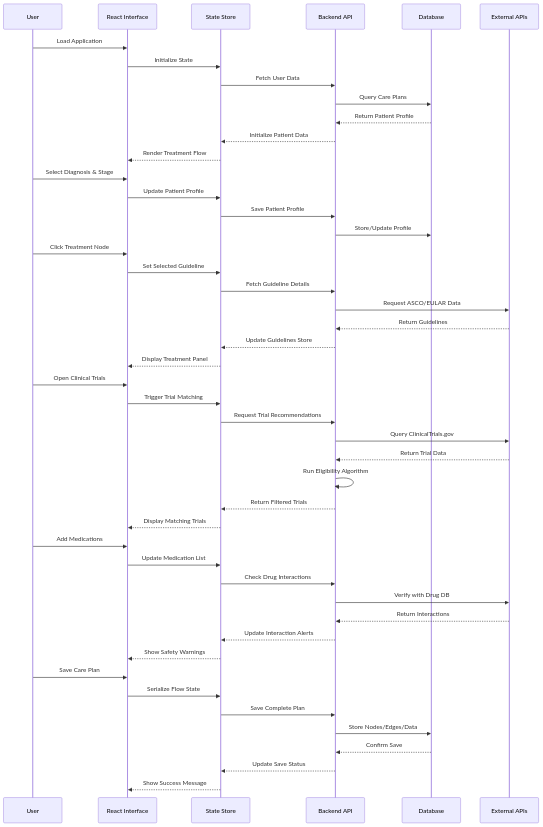
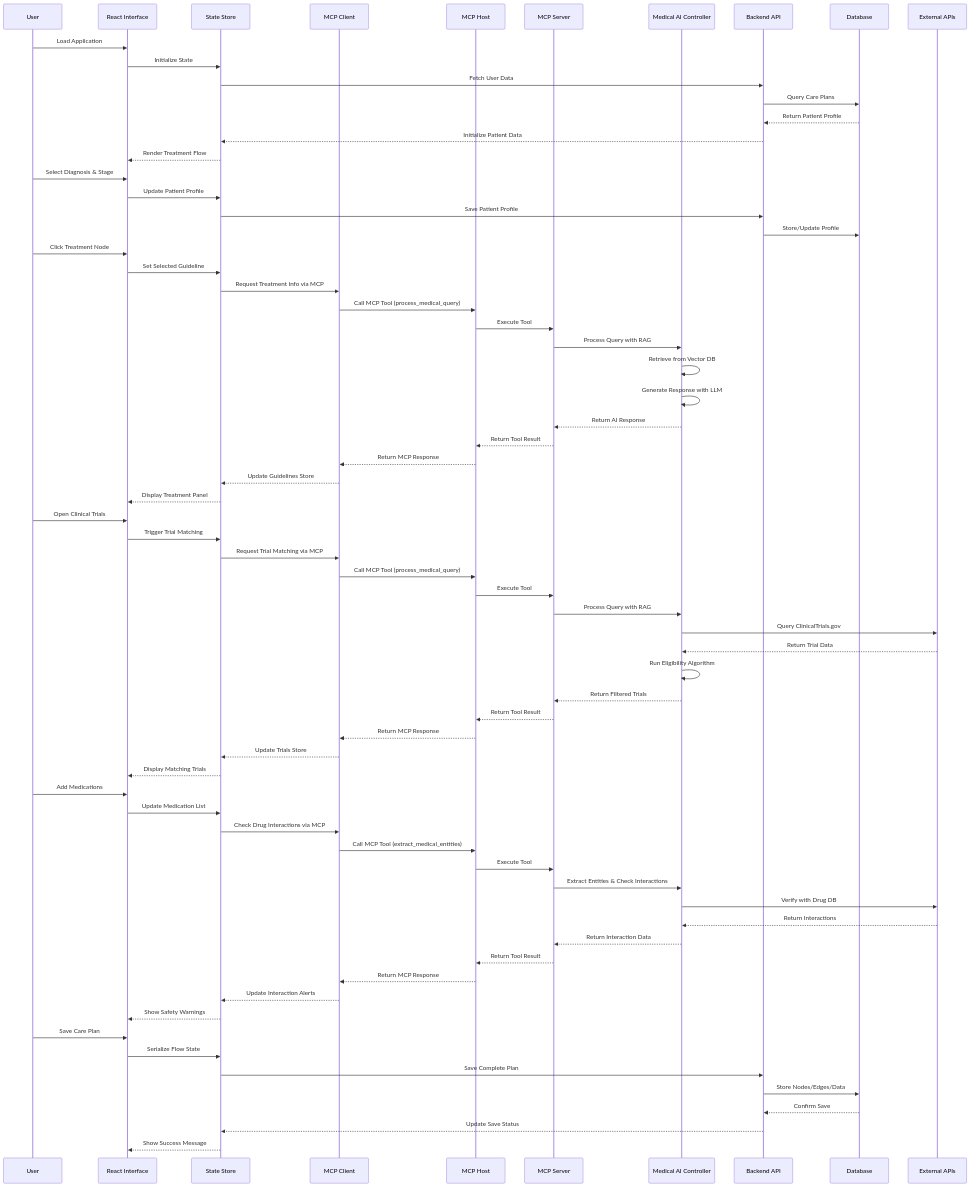
One commit to genewang/Ayuma changed the fourth of 16 diagrams in ARCHITECTURE.md. Above: the diagram before and after it, drawn with Mermaid. The commit also changed other lines of this file and 9 other files, not shown here.

First line of the commit message:
Implement MCP client-host-server architecture for medical AI system

````diff
--- a/ARCHITECTURE.md
+++ b/ARCHITECTURE.md
@@ -206,55 +298,77 @@
 ```mermaid
 sequenceDiagram
     participant U as User
     participant UI as React Interface
     participant SF as State Store
+    participant MC as MCP Client
+    participant MH as MCP Host
+    participant MS as MCP Server
+    participant AI as Medical AI Controller
     participant BE as Backend API
     participant DB as Database
     participant EXT as External APIs
 
     U->>UI: Load Application
     UI->>SF: Initialize State
     SF->>BE: Fetch User Data
     BE->>DB: Query Care Plans
     DB-->>BE: Return Patient Profile
     BE-->>SF: Initialize Patient Data
     SF-->>UI: Render Treatment Flow
 
     U->>UI: Select Diagnosis & Stage
     UI->>SF: Update Patient Profile
     SF->>BE: Save Patient Profile
     BE->>DB: Store/Update Profile
 
     U->>UI: Click Treatment Node
     UI->>SF: Set Selected Guideline
-    SF->>BE: Fetch Guideline Details
-    BE->>EXT: Request ASCO/EULAR Data
-    EXT-->>BE: Return Guidelines
-    BE-->>SF: Update Guidelines Store
+    SF->>MC: Request Treatment Info via MCP
+    MC->>MH: Call MCP Tool (process_medical_query)
+    MH->>MS: Execute Tool
+    MS->>AI: Process Query with RAG
+    AI->>AI: Retrieve from Vector DB
+    AI->>AI: Generate Response with LLM
+    AI-->>MS: Return AI Response
+    MS-->>MH: Return Tool Result
+    MH-->>MC: Return MCP Response
+    MC-->>SF: Update Guidelines Store
     SF-->>UI: Display Treatment Panel
 
     U->>UI: Open Clinical Trials
     UI->>SF: Trigger Trial Matching
-    SF->>BE: Request Trial Recommendations
-    BE->>EXT: Query ClinicalTrials.gov
-    EXT-->>BE: Return Trial Data
-    BE->>BE: Run Eligibility Algorithm
-    BE-->>SF: Return Filtered Trials
+    SF->>MC: Request Trial Matching via MCP
+    MC->>MH: Call MCP Tool (process_medical_query)
+    MH->>MS: Execute Tool
+    MS->>AI: Process Query with RAG
+    AI->>EXT: Query ClinicalTrials.gov
+    EXT-->>AI: Return Trial Data
+    AI->>AI: Run Eligibility Algorithm
+    AI-->>MS: Return Filtered Trials
+    MS-->>MH: Return Tool Result
+    MH-->>MC: Return MCP Response
+    MC-->>SF: Update Trials Store
     SF-->>UI: Display Matching Trials
 
     U->>UI: Add Medications
     UI->>SF: Update Medication List
-    SF->>BE: Check Drug Interactions
-    BE->>EXT: Verify with Drug DB
-    EXT-->>BE: Return Interactions
-    BE-->>SF: Update Interaction Alerts
+    SF->>MC: Check Drug Interactions via MCP
+    MC->>MH: Call MCP Tool (extract_medical_entities)
+    MH->>MS: Execute Tool
+    MS->>AI: Extract Entities & Check Interactions
+    AI->>EXT: Verify with Drug DB
+    EXT-->>AI: Return Interactions
+    AI-->>MS: Return Interaction Data
+    MS-->>MH: Return Tool Result
+    MH-->>MC: Return MCP Response
+    MC-->>SF: Update Interaction Alerts
     SF-->>UI: Show Safety Warnings
 
     U->>UI: Save Care Plan
     UI->>SF: Serialize Flow State
     SF->>BE: Save Complete Plan
     BE->>DB: Store Nodes/Edges/Data
     DB-->>BE: Confirm Save
     BE-->>SF: Update Save Status
     SF-->>UI: Show Success Message
 ```
````
